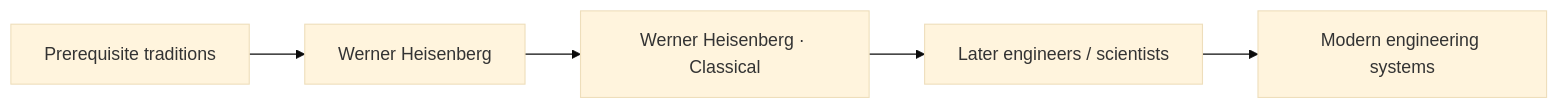
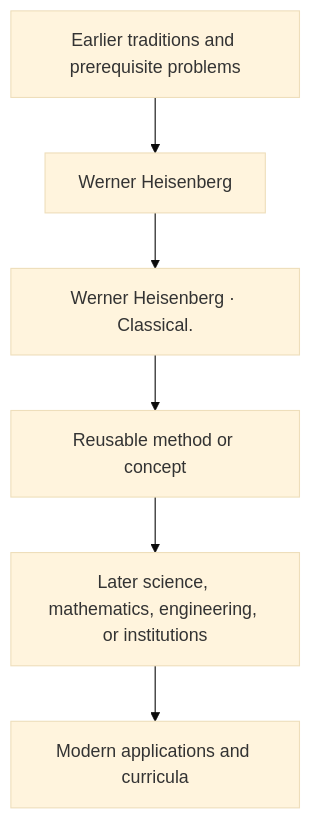
Before and after one commit to via-decide/ViaLogic: the diagram in docs/history/werner-heisenberg/influence.md, drawn with Mermaid (base theme). The commit also changed other lines of this file and 858 other files, not shown here.

````diff
--- a/docs/history/werner-heisenberg/influence.md
+++ b/docs/history/werner-heisenberg/influence.md
@@ -29,7 +16,8 @@
 ```mermaid
-graph LR
-  prerequisites["Prerequisite traditions"] --> current["Werner Heisenberg"]
-  current --> contribution["Werner Heisenberg · Classical"]
-  contribution --> successors["Later engineers / scientists"]
-  successors --> modern["Modern engineering systems"]
+graph TD
+  Prior[Earlier traditions and prerequisite problems] --> Person[Werner Heisenberg]
+  Person --> Contribution[Werner Heisenberg · Classical.]
+  Contribution --> Method[Reusable method or concept]
+  Method --> Later[Later science, mathematics, engineering, or institutions]
+  Later --> Modern[Modern applications and curricula]
 ```
````
